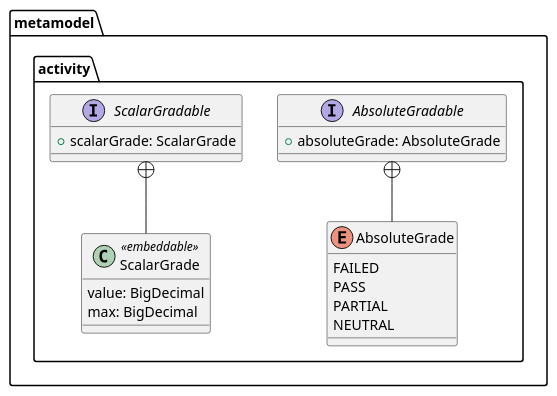
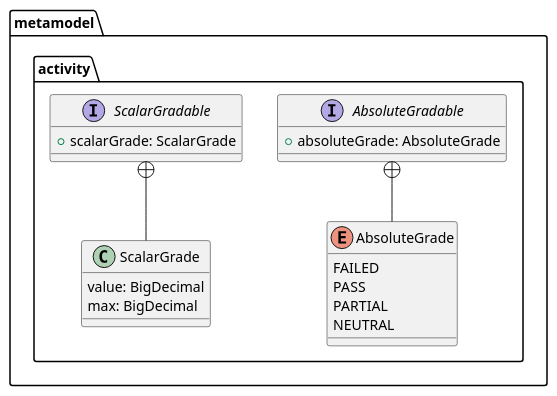
Before and after one commit to elaastic/ElaastiX: the diagram in docs/technical/uml/metamodel/activity.puml, drawn with PlantUML. The commit also changed 3 other files, not shown here.

```diff
--- a/docs/technical/uml/metamodel/activity.puml
+++ b/docs/technical/uml/metamodel/activity.puml
@@ -1,29 +1,29 @@
 @startuml
 'https://plantuml.com/class-diagram
 
 package metamodel.activity {
 	interface AbsoluteGradable {
 		+absoluteGrade: AbsoluteGrade
 	}
 
 	interface ScalarGradable {
 		+scalarGrade: ScalarGrade
 	}
 
 	enum AbsoluteGrade {
 		FAILED
 		PASS
 		PARTIAL
 		NEUTRAL
 	}
 
-	class ScalarGrade <<embeddable>> {
+	class ScalarGrade {
 		value: BigDecimal
 		max: BigDecimal
 	}
 
 	AbsoluteGradable +-- AbsoluteGrade
 	ScalarGradable +-- ScalarGrade
 }
 
 @enduml
```
